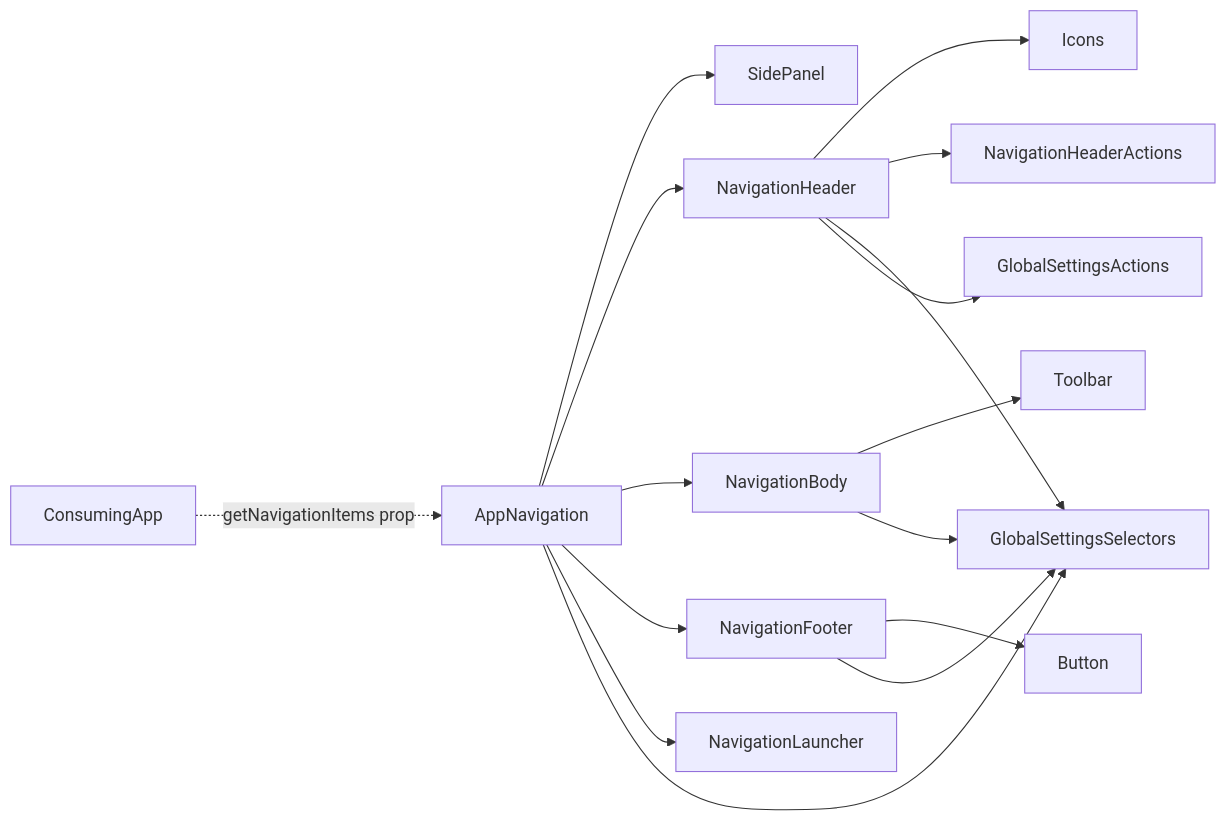
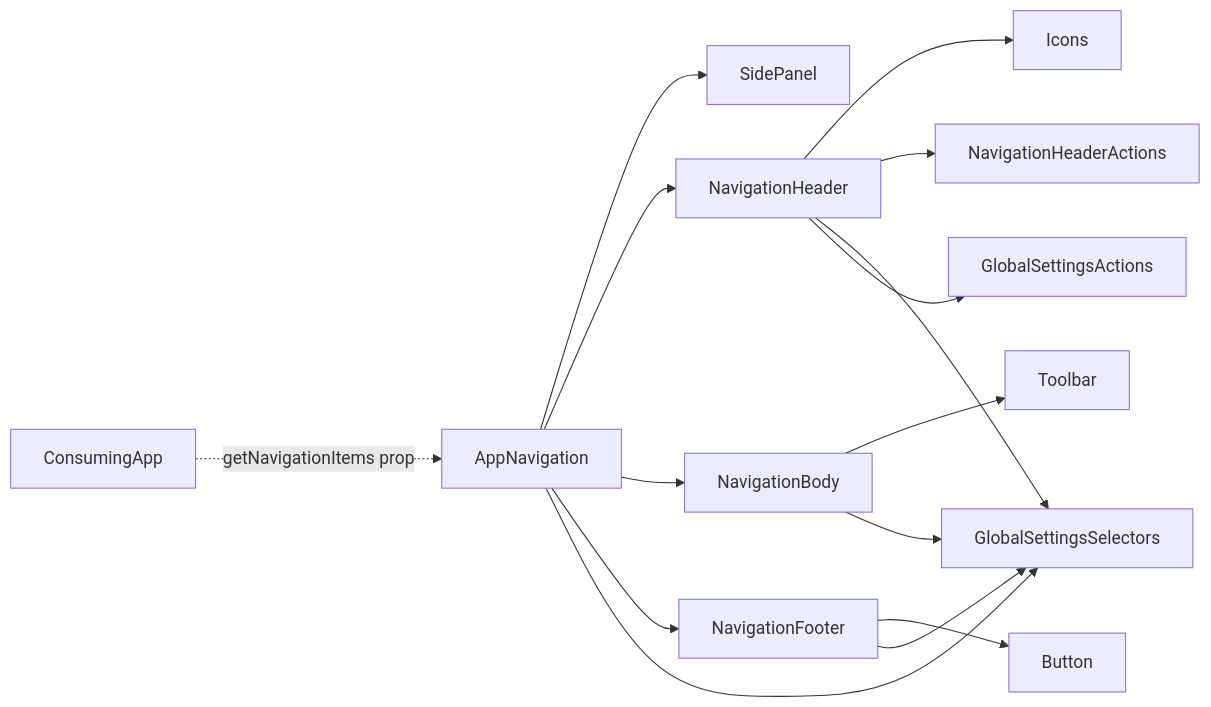
Before and after one commit to luciocabrera/lcabrera-stack: the first of 2 diagrams in packages/ui/src/components/AppNavigation/ARCHITECTURE.md, drawn with Mermaid. The commit also changed other lines of this file and 45 other files, not shown here.

````diff
--- a/packages/ui/src/components/AppNavigation/ARCHITECTURE.md
+++ b/packages/ui/src/components/AppNavigation/ARCHITECTURE.md
@@ -40,22 +38,21 @@
 ```mermaid
 graph LR
   AppNavigation --> SidePanel
   AppNavigation --> NavHeader["NavigationHeader"]
   AppNavigation --> NavBody["NavigationBody"]
   AppNavigation --> NavFooter["NavigationFooter"]
-  AppNavigation --> NavLauncher["NavigationLauncher"]
   AppNavigation --> GlobalSettingsSelectors
 
   NavHeader --> Icons
   NavHeader --> NavHeaderActions["NavigationHeaderActions"]
   NavHeader --> GlobalSettingsSelectors
   NavHeader --> GlobalSettingsActions
 
   NavBody --> Toolbar
   NavBody --> GlobalSettingsSelectors
 
   NavFooter --> Button
   NavFooter --> GlobalSettingsSelectors
 
   ConsumingApp -. "getNavigationItems prop" .-> AppNavigation
 ```
````
